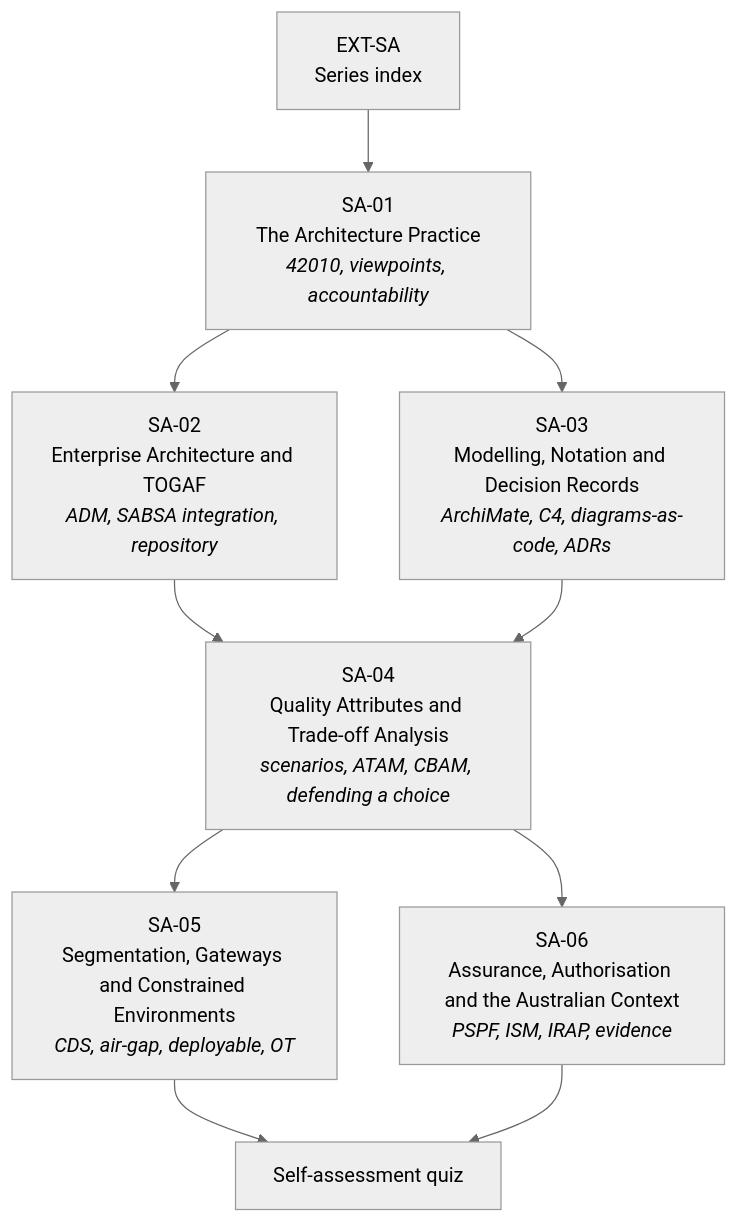
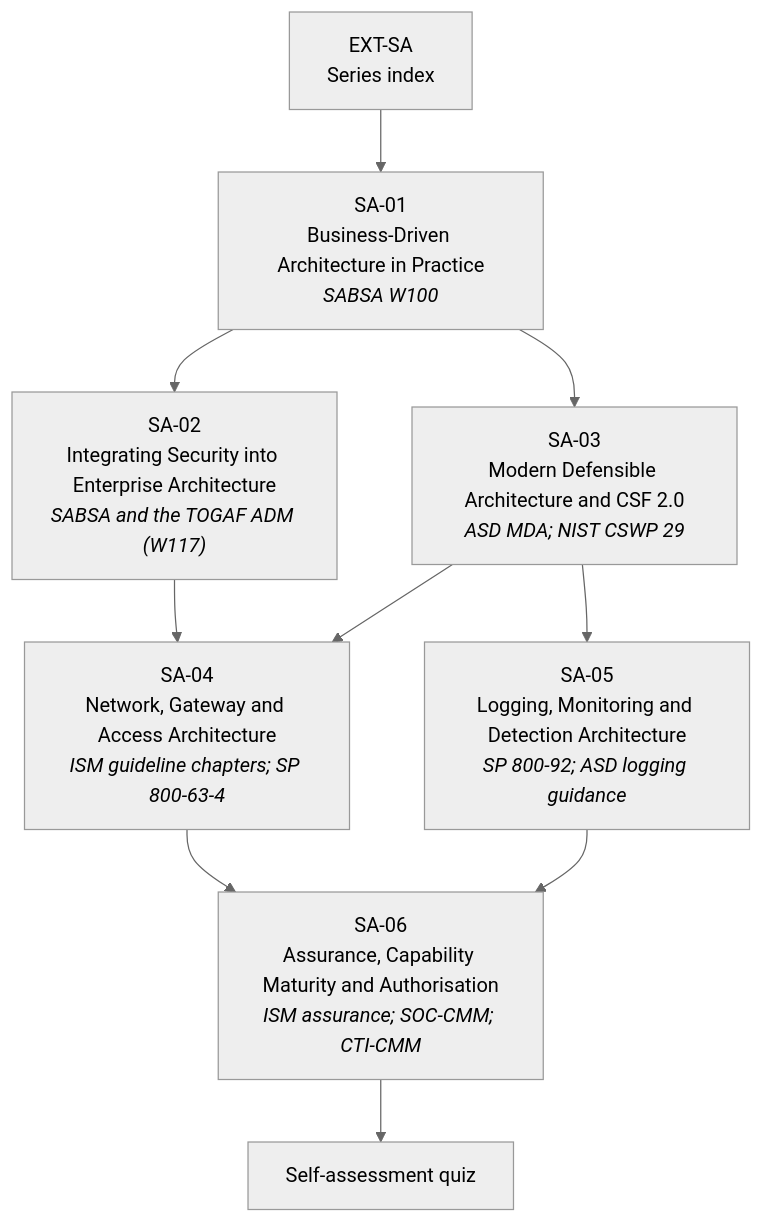
Before and after one commit to dev-nobytes-io/Open-source-cybersecurity-degree-australia-: the diagram in docs/modules/security-architecture/index.md, drawn with Mermaid (neutral theme). The commit also changed other lines of this file and 2 other files, not shown here.

First line of the commit message:
EXT-SA: series index rewritten to the six-module plan; nav and TODO registration

````diff
--- a/docs/modules/security-architecture/index.md
+++ b/docs/modules/security-architecture/index.md
@@ -84,12 +95,12 @@
 ```mermaid
 flowchart TD
-    IDX["EXT-SA<br/>Series index"] --> A["SA-01<br/>The Architecture Practice<br/><i>42010, viewpoints, accountability</i>"]
-    A --> B["SA-02<br/>Enterprise Architecture and TOGAF<br/><i>ADM, SABSA integration, repository</i>"]
-    A --> C["SA-03<br/>Modelling, Notation and Decision Records<br/><i>ArchiMate, C4, diagrams-as-code, ADRs</i>"]
-    B --> D["SA-04<br/>Quality Attributes and Trade-off Analysis<br/><i>scenarios, ATAM, CBAM, defending a choice</i>"]
+    IDX["EXT-SA<br/>Series index"] --> A["SA-01<br/>Business-Driven Architecture in Practice<br/><i>SABSA W100</i>"]
+    A --> B["SA-02<br/>Integrating Security into Enterprise Architecture<br/><i>SABSA and the TOGAF ADM (W117)</i>"]
+    A --> C["SA-03<br/>Modern Defensible Architecture and CSF 2.0<br/><i>ASD MDA; NIST CSWP 29</i>"]
+    B --> D["SA-04<br/>Network, Gateway and Access Architecture<br/><i>ISM guideline chapters; SP 800-63-4</i>"]
     C --> D
-    D --> E["SA-05<br/>Segmentation, Gateways and Constrained Environments<br/><i>CDS, air-gap, deployable, OT</i>"]
-    D --> F["SA-06<br/>Assurance, Authorisation and the Australian Context<br/><i>PSPF, ISM, IRAP, evidence</i>"]
-    E --> Q["Self-assessment quiz"]
-    F --> Q
+    C --> E["SA-05<br/>Logging, Monitoring and Detection Architecture<br/><i>SP 800-92; ASD logging guidance</i>"]
+    D --> F["SA-06<br/>Assurance, Capability Maturity and Authorisation<br/><i>ISM assurance; SOC-CMM; CTI-CMM</i>"]
+    E --> F
+    F --> Q["Self-assessment quiz"]
 ```
````
